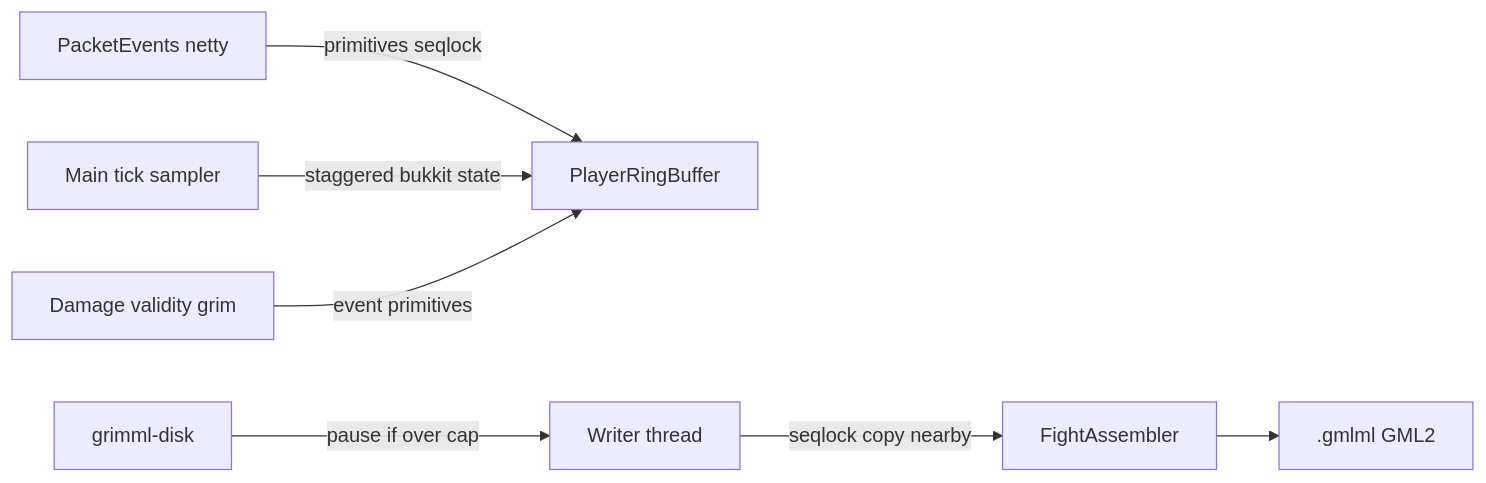
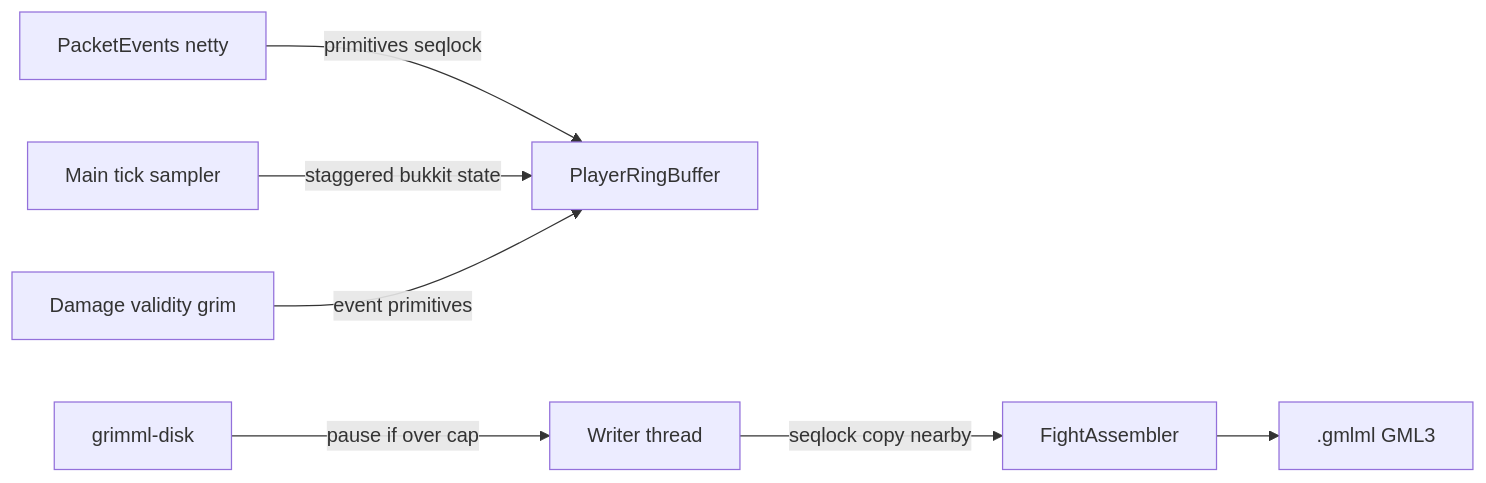
One commit to vanillaxtra/grimml changed the diagram in docs/architecture.md. Above: the diagram before and after it, drawn with Mermaid. The commit also changed other lines of this file, not shown here.

Commit message:
docs: gml3 mark command and taxonomy layout

````diff
--- a/docs/architecture.md
+++ b/docs/architecture.md
@@ -32,9 +38,9 @@
 ```mermaid
 flowchart LR
     A[PacketEvents netty] -->|primitives seqlock| B[PlayerRingBuffer]
     C[Main tick sampler] -->|staggered bukkit state| B
     D[Damage validity grim] -->|event primitives| B
     E[Writer thread] -->|seqlock copy nearby| F[FightAssembler]
-    F --> G[.gmlml GML2]
+    F --> G[.gmlml GML3]
     H[grimml-disk] -->|pause if over cap| E
 ```
````
